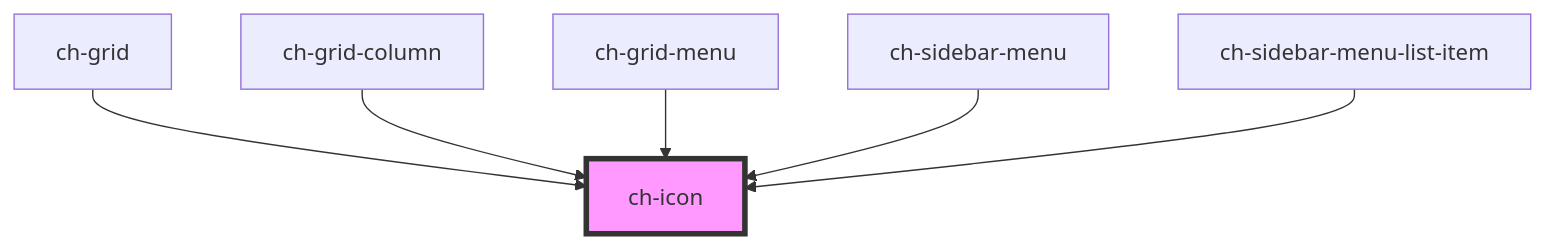
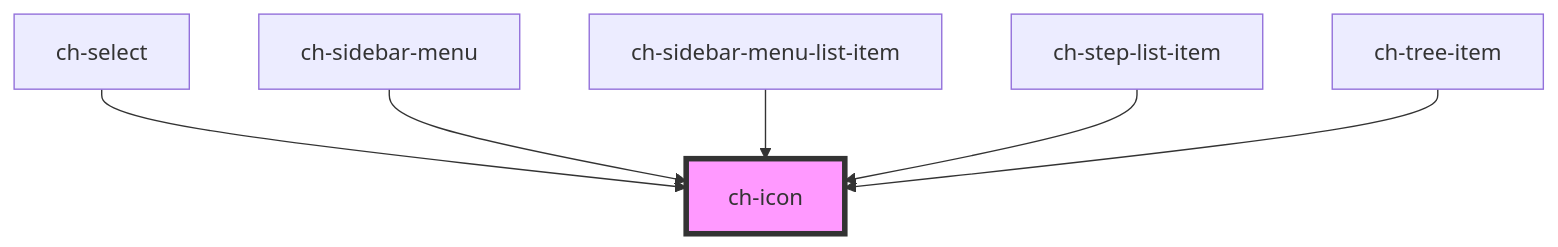
Before and after one commit to genexuslabs/chameleon-controls-library: the diagram in src/components/icon/readme.md, drawn with Mermaid. The commit also changed other lines of this file and 67 other files, not shown here.

````diff
--- a/src/components/icon/readme.md
+++ b/src/components/icon/readme.md
@@ -34,9 +38,9 @@
 ```mermaid
 graph TD;
-  ch-grid --> ch-icon
-  ch-grid-column --> ch-icon
-  ch-grid-menu --> ch-icon
+  ch-select --> ch-icon
   ch-sidebar-menu --> ch-icon
   ch-sidebar-menu-list-item --> ch-icon
+  ch-step-list-item --> ch-icon
+  ch-tree-item --> ch-icon
   style ch-icon fill:#f9f,stroke:#333,stroke-width:4px
 ```
````
